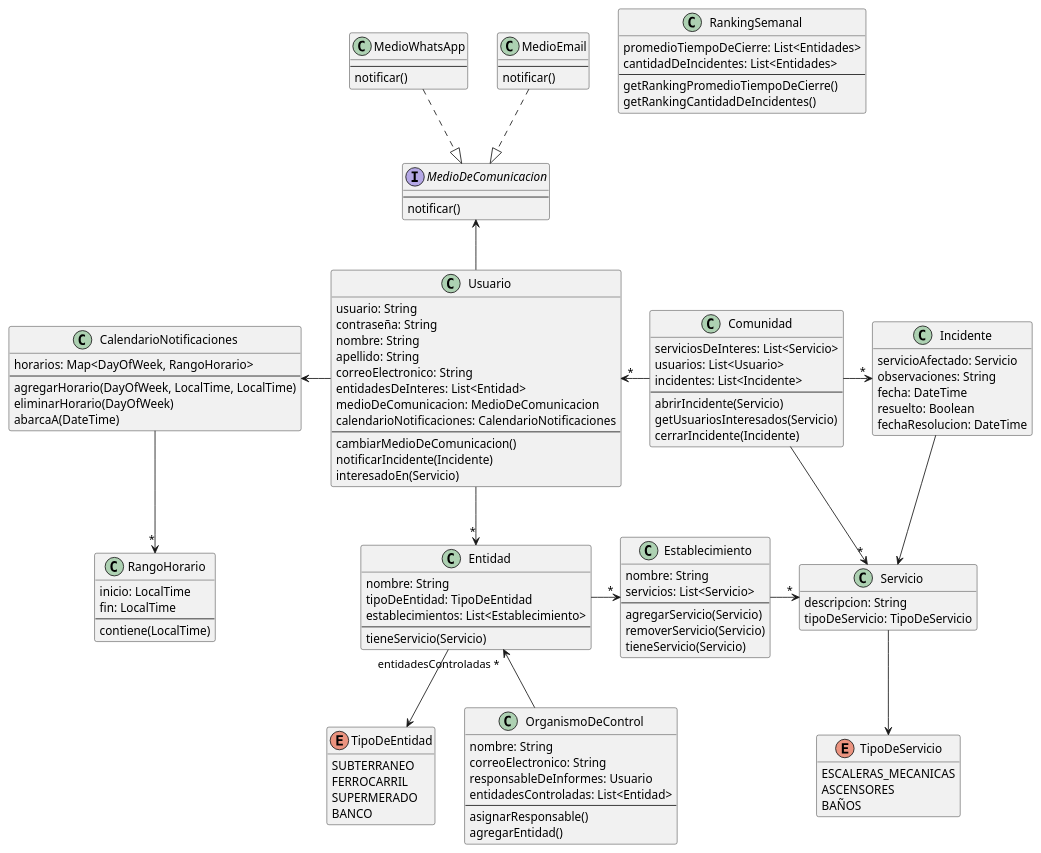
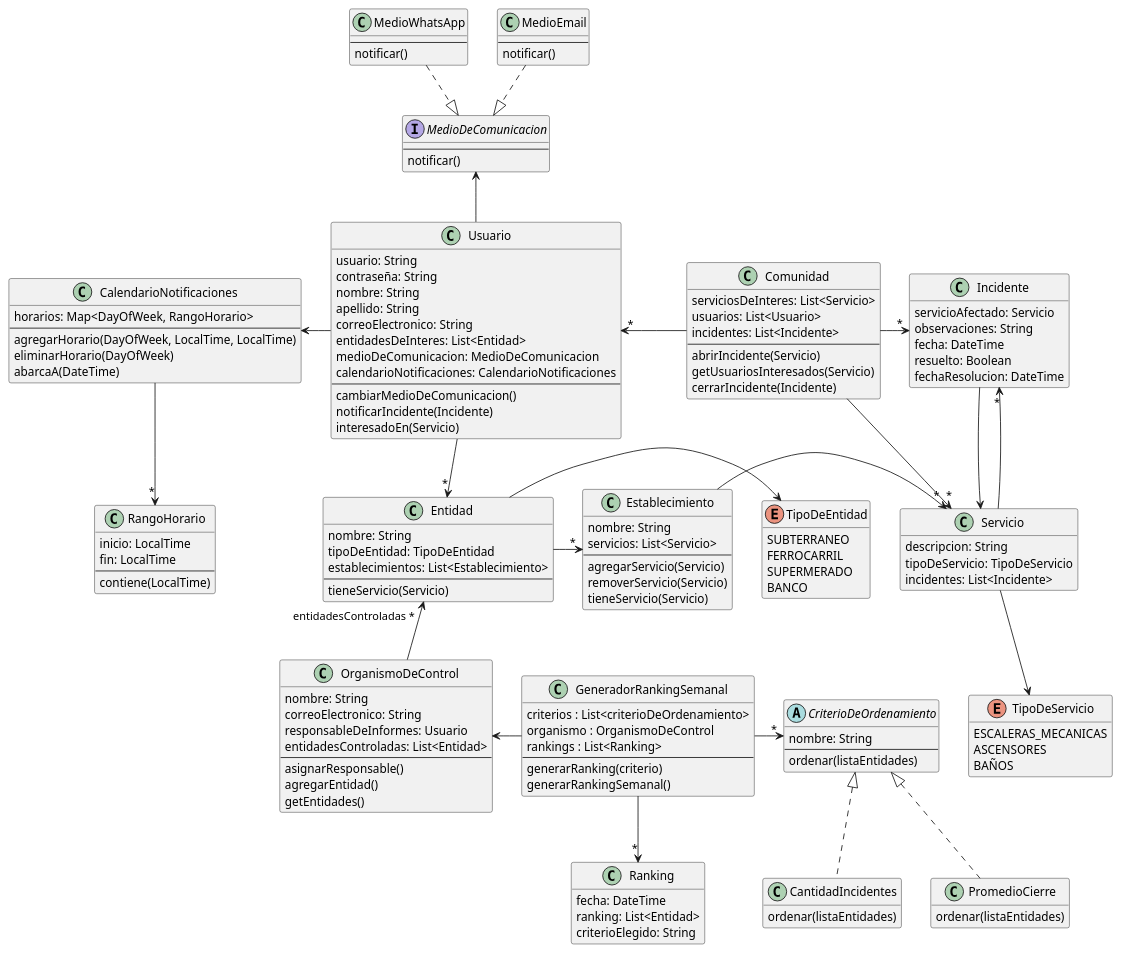
The diagram in docs/entrega-3/clases_mm.puml (ValenAquino/tp-dds-2023), drawn with PlantUML before and after one commit. The commit also changed 9 other files, not shown here.

Commit message:
feat: guardar incidentes en Servicio y maquetar GeneradorDeRankingSemanal

```diff
--- a/docs/entrega-3/clases_mm.puml
+++ b/docs/entrega-3/clases_mm.puml
@@ -1,159 +1,198 @@
 @startuml TPA3-Clases
 
 hide empty members
 
 ' Supermercado, Centro Comunal, Banco, ...
 class Entidad {
   nombre: String
   ' localizacion: Localizacion
   tipoDeEntidad: TipoDeEntidad
   establecimientos: List<Establecimiento>
   --
   tieneServicio(Servicio)
 }
 
 ' Sucursal, Estacion, ...
 class Establecimiento {
   nombre: String
   servicios: List<Servicio>
   --
   agregarServicio(Servicio)
   removerServicio(Servicio)
   tieneServicio(Servicio)
 }
 
 class Servicio {
   descripcion: String
   tipoDeServicio: TipoDeServicio
+  incidentes: List<Incidente>
 }
 
 enum TipoDeServicio {
   ESCALERAS_MECANICAS
   ASCENSORES
   BAÑOS
 }
 
 enum TipoDeEntidad {
   SUBTERRANEO
   FERROCARRIL
   SUPERMERADO
   BANCO
 }
 
 class Usuario {
   usuario: String
   contraseña: String
   nombre: String
   apellido: String
   correoElectronico: String
   entidadesDeInteres: List<Entidad>
   ' localizacion: Localizacion
   medioDeComunicacion: MedioDeComunicacion
   calendarioNotificaciones: CalendarioNotificaciones
   --
   cambiarMedioDeComunicacion()
   notificarIncidente(Incidente)
   interesadoEn(Servicio)
 }
 
 class RangoHorario {
   inicio: LocalTime
   fin: LocalTime
   --
   contiene(LocalTime)
 }
 
 class CalendarioNotificaciones {
   horarios: Map<DayOfWeek, RangoHorario>
   --
   agregarHorario(DayOfWeek, LocalTime, LocalTime)
   eliminarHorario(DayOfWeek)
   abarcaA(DateTime)
 }
 
 interface MedioDeComunicacion {
   --
   notificar()
 }
 class MedioWhatsApp {
   --
   notificar()
 }
 class MedioEmail {
   --
   notificar()
 }
 
 /'
 class Localizacion {
   nombre: String
   latitud: Double
   longitud: Double
   tipoDeLocalizacion: TipoDeLocalizacion
 }
 
 enum TipoDeLocalizacion {
   DEPARTAMENTO
   MUNICIPIO
   PROVINCIA
 }
 '/
 
 class OrganismoDeControl {
   nombre: String
   correoElectronico: String
   responsableDeInformes: Usuario
   entidadesControladas: List<Entidad>
   --
   asignarResponsable()
   agregarEntidad()
+  getEntidades()
 }
 
 class Incidente {
   servicioAfectado: Servicio
   observaciones: String
   fecha: DateTime
   resuelto: Boolean
   fechaResolucion: DateTime
 }
 
 class Comunidad {
   serviciosDeInteres: List<Servicio>
   usuarios: List<Usuario>
   incidentes: List<Incidente>
   --
   abrirIncidente(Servicio)
   getUsuariosInteresados(Servicio)
   cerrarIncidente(Incidente)
 }
 
-class RankingSemanal {
-  promedioTiempoDeCierre: List<Entidades>
-  cantidadDeIncidentes: List<Entidades>
+'class RepositorioOrganismosDeControl {
+'  organismosDeControl: List<OrganismoDeControl>
+'  --
+'  agregarOrganismoDeControl()
+'  eliminarOrganismoDeControl()
+'}
+
+class GeneradorRankingSemanal {
+  criterios : List<criterioDeOrdenamiento>
+  organismo : OrganismoDeControl
+  rankings : List<Ranking>
   --
-  getRankingPromedioTiempoDeCierre()
-  getRankingCantidadDeIncidentes()
+  generarRanking(criterio)
+  generarRankingSemanal()
 }
+
+class Ranking {
+  fecha: DateTime
+  ranking: List<Entidad>
+  criterioElegido: String
+}
+
+abstract class CriterioDeOrdenamiento {
+  nombre: String
+  ---
+  ordenar(listaEntidades)
+}
+
+class PromedioCierre {
+  ordenar(listaEntidades)
+}
+
+class CantidadIncidentes {
+  ordenar(listaEntidades)
+}
+
+'RepositorioOrganismosDeControl -u-> OrganismoDeControl
+GeneradorRankingSemanal -> OrganismoDeControl
+GeneradorRankingSemanal -d> "*" CriterioDeOrdenamiento
+GeneradorRankingSemanal --> "*" Ranking
+
+CriterioDeOrdenamiento <|.. PromedioCierre
+CriterioDeOrdenamiento <|.d. CantidadIncidentes
 
 Usuario -u-> MedioDeComunicacion
 Usuario -l-> CalendarioNotificaciones
 
 Usuario -->"*" Entidad
 Establecimiento ->"*" Servicio
 Comunidad ->"*" Servicio
 Incidente --> Servicio
 
 CalendarioNotificaciones -->"*" RangoHorario
 Entidad ->"*" Establecimiento
-Entidad --> TipoDeEntidad
-Servicio -d-> TipoDeServicio
+Entidad -> TipoDeEntidad
+Servicio --> TipoDeServicio
+Servicio -u-> "*" Incidente
 ' Localizacion <- Usuario
 ' Localizacion <- Entidad
 ' TipoDeLocalizacion -> Localizacion
 Entidad "entidadesControladas *"<-- OrganismoDeControl
 Usuario "*"<- Comunidad
 Comunidad ->"*" Incidente
 MedioWhatsApp ..|> MedioDeComunicacion
 MedioEmail ..|> MedioDeComunicacion
 
 @enduml
```
